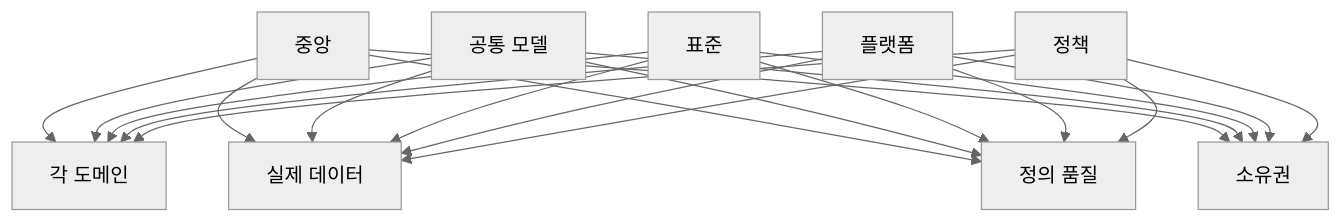
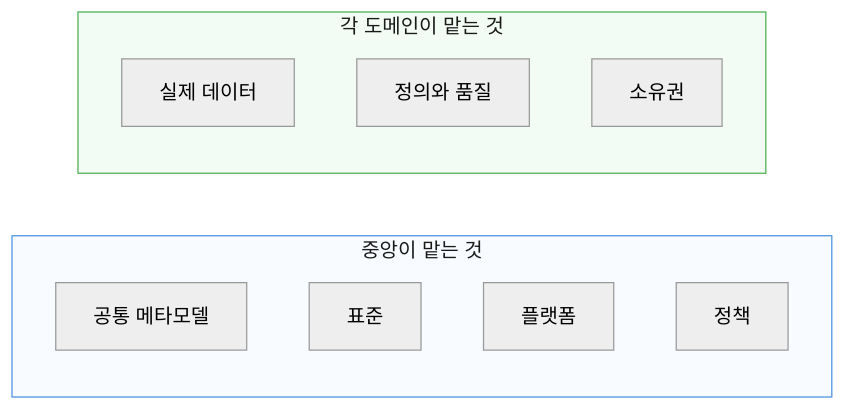
Diagram 13 of 16 in 모던 데이터 아키텍처/15장. 메타데이터와 데이터 지도.md (i31pc17/bitbook), drawn with Mermaid (neutral theme) before and after one commit. The commit also changed other lines of this file and 11 other files, not shown here.

````diff
--- a/모던 데이터 아키텍처/15장. 메타데이터와 데이터 지도.md
+++ b/모던 데이터 아키텍처/15장. 메타데이터와 데이터 지도.md
@@ -1411,32 +1405,18 @@
 ```mermaid
-flowchart TD
-    n0["중앙"]
-    n1["공통 모델"]
-    n2["표준"]
-    n3["플랫폼"]
-    n4["정책"]
-    n5["각 도메인"]
-    n6["실제 데이터"]
-    n7["정의 품질"]
-    n8["소유권"]
-    n0 --> n5
-    n0 --> n6
-    n0 --> n7
-    n0 --> n8
-    n1 --> n5
-    n1 --> n6
-    n1 --> n7
-    n1 --> n8
-    n2 --> n5
-    n2 --> n6
-    n2 --> n7
-    n2 --> n8
-    n3 --> n5
-    n3 --> n6
-    n3 --> n7
-    n3 --> n8
-    n4 --> n5
-    n4 --> n6
-    n4 --> n7
-    n4 --> n8
+flowchart LR
+    subgraph CENTRAL["중앙이 맡는 것"]
+        C1["공통 메타모델"]
+        C2["표준"]
+        C3["플랫폼"]
+        C4["정책"]
+    end
+
+    subgraph DOMAIN["각 도메인이 맡는 것"]
+        D1["실제 데이터"]
+        D2["정의와 품질"]
+        D3["소유권"]
+    end
+
+    style CENTRAL fill:#f8fbff,stroke:#4a90e2,color:#1a1a1a
+    style DOMAIN fill:#f2fbf4,stroke:#4caf50,color:#1a1a1a
 ```
````
